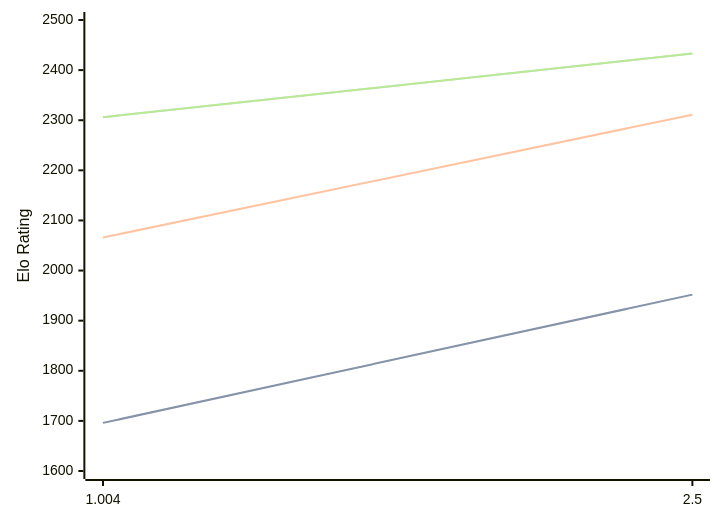
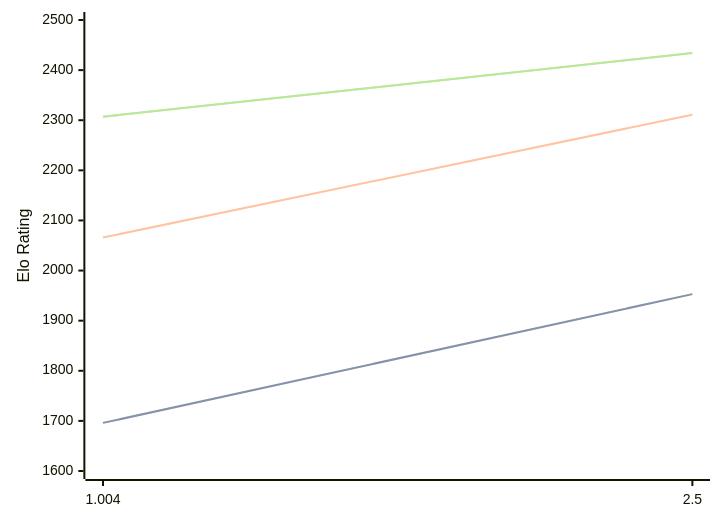
One commit to computer-chess-index/cci changed the diagram in engines/Ares.md. Above: the diagram before and after it, drawn with Mermaid. The commit also changed other lines of this file, not shown here.

Commit message:
Update CCI Ratings (ELO VLTC) - 2026-07-25

````diff
--- a/engines/Ares.md
+++ b/engines/Ares.md
@@ -32,11 +32,11 @@
 ```mermaid
 %%{init: {"theme":"base","themeVariables":{"seriesColors:['#a3a3a3','#222221','#faa371']}}}%%
 xychart-beta
   x-axis ["1.004", "2.5"]
   y-axis "Elo Rating" 1600 --> 2500
-  line "STC (8.0+0.08s)" [1696, 1952]
-  line "STC (8.0+0.08s)" [1696, 1952]
+  line "STC (8.0+0.08s)" [1696, 1953]
+  line "STC (8.0+0.08s)" [1696, 1953]
   line "LTC (60.0+0.60s)" [2066, 2311]
-  line "VLTC (2m24s+1.12s)" [2306, 2433]
-  line "VLTC (2m24s+1.12s)" [2306, 2433]
+  line "VLTC (2m24s+1.12s)" [2307, 2434]
+  line "VLTC (2m24s+1.12s)" [2307, 2434]
 ```
````
